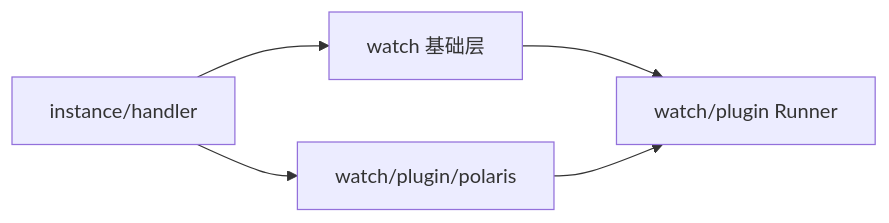
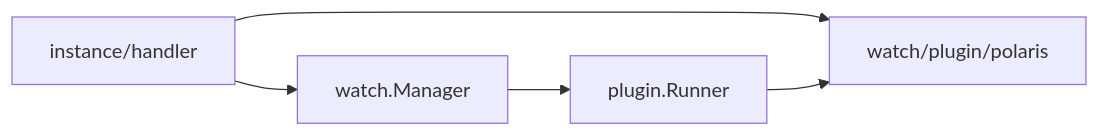
One commit to TencentBlueKing/blueking-service-governance changed the second of 2 diagrams in bkms-server/design_notes/app_instances_list_watch.md. Above: the diagram before and after it, drawn with Mermaid. The commit also changed other lines of this file and 7 other files, not shown here.

````diff
--- a/bkms-server/design_notes/app_instances_list_watch.md
+++ b/bkms-server/design_notes/app_instances_list_watch.md
@@ -83,7 +84,7 @@
 ```mermaid
 graph LR
-    handler[instance/handler] --> base[watch 基础层]
-    handler --> polarisPlugin[watch/plugin/polaris]
-    base --> runner[watch/plugin Runner]
-    polarisPlugin --> runner
+    handler[instance/handler] --> base[watch.Manager]
+    handler --> polaris[watch/plugin/polaris]
+    base --> runner[plugin.Runner]
+    runner --> polaris
 ```
````
